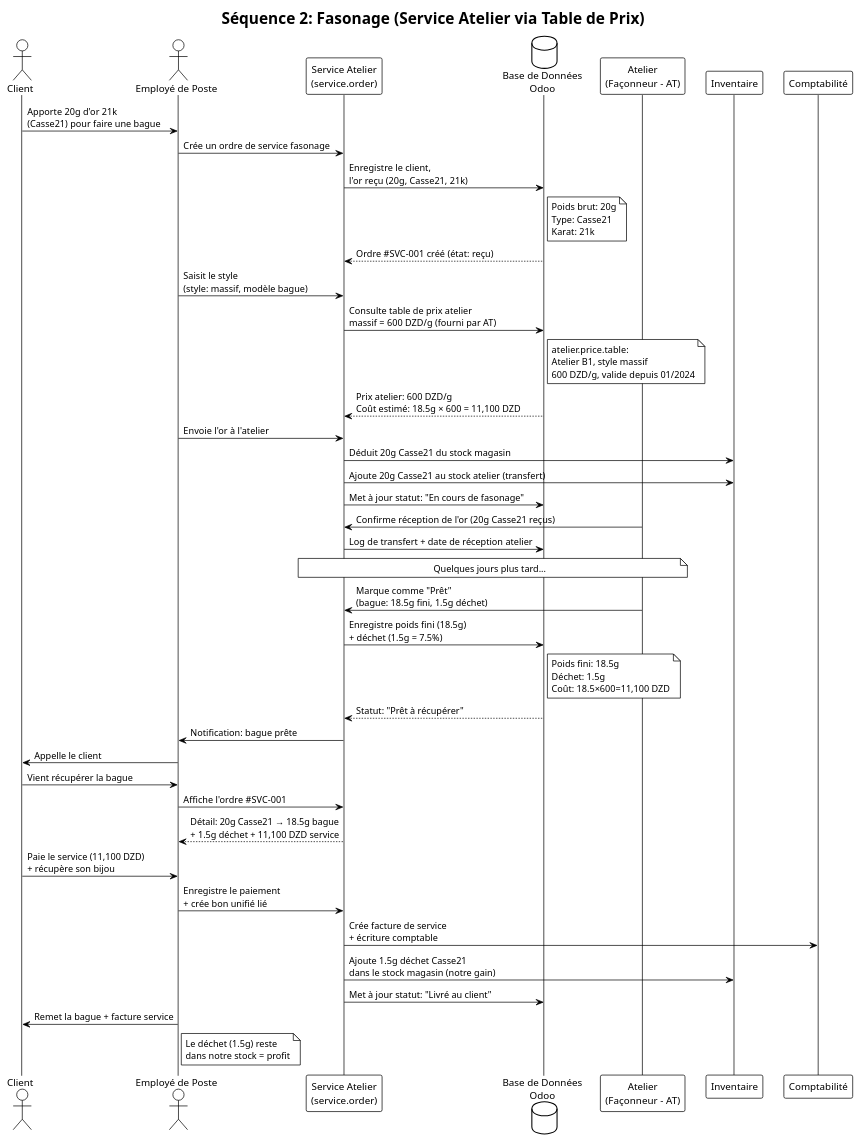
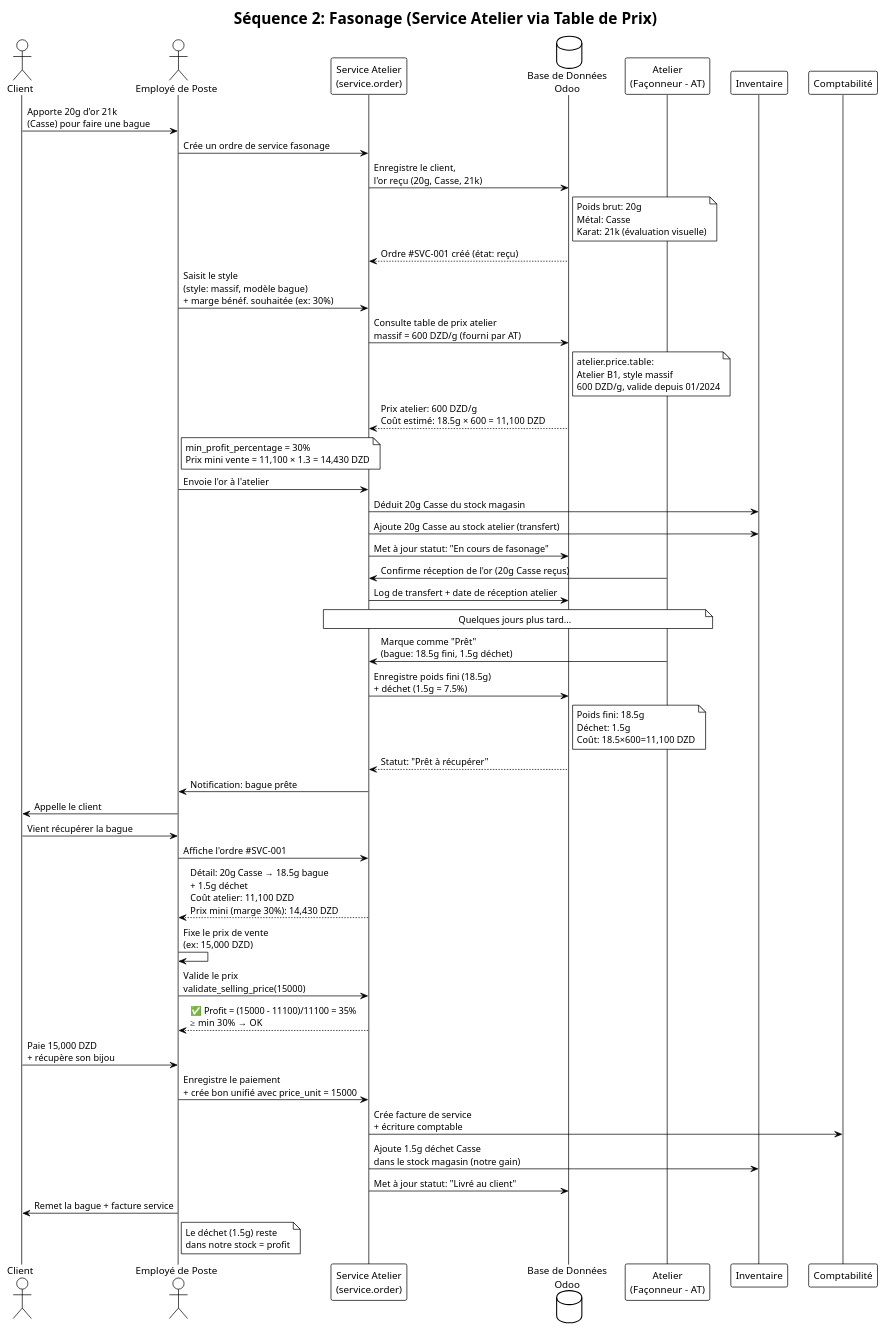
Before and after one commit to DawdBe/odoo-jawlery: the diagram in docs/diagrams/seq_fasonage.puml, drawn with PlantUML. The commit also changed 19 other files, not shown here.

```diff
--- a/docs/diagrams/seq_fasonage.puml
+++ b/docs/diagrams/seq_fasonage.puml
@@ -1,54 +1,59 @@
 @startuml
 !theme plain
 title "Séquence 2: Fasonage (Service Atelier via Table de Prix)"
 
 actor "Client" as C2
 actor "Employé de Poste" as V2
 participant "Service Atelier\n(service.order)" as SRV
 database "Base de Données\nOdoo" as DB2
 participant "Atelier\n(Façonneur - AT)" as AT
 participant "Inventaire" as INV2
 participant "Comptabilité" as ACC2
 
-C2 -> V2: Apporte 20g d'or 21k\n(Casse21) pour faire une bague
+C2 -> V2: Apporte 20g d'or 21k\n(Casse) pour faire une bague
 V2 -> SRV: Crée un ordre de service fasonage
-SRV -> DB2: Enregistre le client,\nl'or reçu (20g, Casse21, 21k)
-note right DB2: Poids brut: 20g\nType: Casse21\nKarat: 21k
+SRV -> DB2: Enregistre le client,\nl'or reçu (20g, Casse, 21k)
+note right DB2: Poids brut: 20g\nMétal: Casse\nKarat: 21k (évaluation visuelle)
 DB2 --> SRV: Ordre #SVC-001 créé (état: reçu)
 
-V2 -> SRV: Saisit le style\n(style: massif, modèle bague)
+V2 -> SRV: Saisit le style\n(style: massif, modèle bague)\n+ marge bénéf. souhaitée (ex: 30%)
 SRV -> DB2: Consulte table de prix atelier\nmassif = 600 DZD/g (fourni par AT)
 note right DB2: atelier.price.table:\nAtelier B1, style massif\n600 DZD/g, valide depuis 01/2024
 DB2 --> SRV: Prix atelier: 600 DZD/g\nCoût estimé: 18.5g × 600 = 11,100 DZD
+note right V2: min_profit_percentage = 30%\nPrix mini vente = 11,100 × 1.3 = 14,430 DZD
 
 V2 -> SRV: Envoie l'or à l'atelier
-SRV -> INV2: Déduit 20g Casse21 du stock magasin
-SRV -> INV2: Ajoute 20g Casse21 au stock atelier (transfert)
+SRV -> INV2: Déduit 20g Casse du stock magasin
+SRV -> INV2: Ajoute 20g Casse au stock atelier (transfert)
 SRV -> DB2: Met à jour statut: "En cours de fasonage"
 
-AT -> SRV: Confirme réception de l'or (20g Casse21 reçus)
+AT -> SRV: Confirme réception de l'or (20g Casse reçus)
 SRV -> DB2: Log de transfert + date de réception atelier
 
 note over SRV, AT: Quelques jours plus tard...
 
 AT -> SRV: Marque comme "Prêt"\n(bague: 18.5g fini, 1.5g déchet)
 SRV -> DB2: Enregistre poids fini (18.5g)\n+ déchet (1.5g = 7.5%)
 note right DB2: Poids fini: 18.5g\nDéchet: 1.5g\nCoût: 18.5×600=11,100 DZD
 DB2 --> SRV: Statut: "Prêt à récupérer"
 
 SRV -> V2: Notification: bague prête
 V2 -> C2: Appelle le client
 
 C2 -> V2: Vient récupérer la bague
 V2 -> SRV: Affiche l'ordre #SVC-001
-SRV --> V2: Détail: 20g Casse21 → 18.5g bague\n+ 1.5g déchet + 11,100 DZD service
+SRV --> V2: Détail: 20g Casse → 18.5g bague\n+ 1.5g déchet\nCoût atelier: 11,100 DZD\nPrix mini (marge 30%): 14,430 DZD
 
-C2 -> V2: Paie le service (11,100 DZD)\n+ récupère son bijou
-V2 -> SRV: Enregistre le paiement\n+ crée bon unifié lié
+V2 -> V2: Fixe le prix de vente\n(ex: 15,000 DZD)
+V2 -> SRV: Valide le prix\nvalidate_selling_price(15000)
+SRV --> V2: ✅ Profit = (15000 - 11100)/11100 = 35%\n≥ min 30% → OK
+
+C2 -> V2: Paie 15,000 DZD\n+ récupère son bijou
+V2 -> SRV: Enregistre le paiement\n+ crée bon unifié avec price_unit = 15000
 SRV -> ACC2: Crée facture de service\n+ écriture comptable
-SRV -> INV2: Ajoute 1.5g déchet Casse21\ndans le stock magasin (notre gain)
+SRV -> INV2: Ajoute 1.5g déchet Casse\ndans le stock magasin (notre gain)
 SRV -> DB2: Met à jour statut: "Livré au client"
 
 V2 -> C2: Remet la bague + facture service
 note right V2: Le déchet (1.5g) reste\ndans notre stock = profit
 @enduml
```
